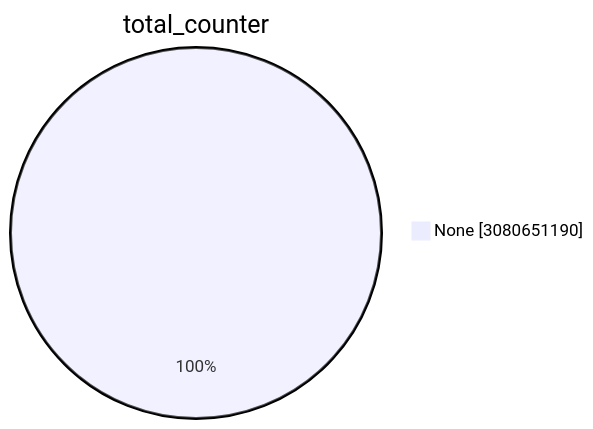
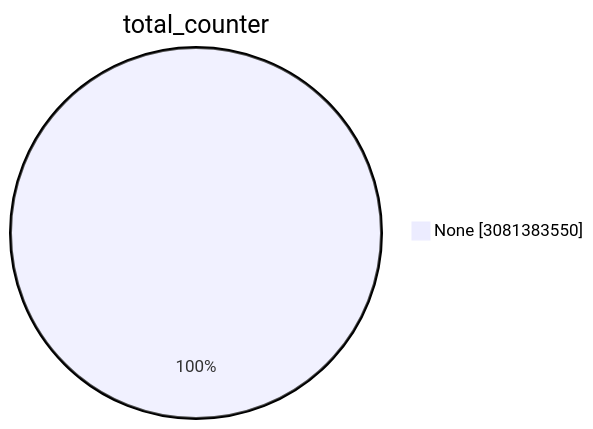
One commit to christiankrug/ctmonitor_visualization changed the first of 15 diagrams in TOTAL/README.md. Above: the diagram before and after it, drawn with Mermaid. The commit also changed other lines of this file, not shown here.

````diff
--- a/TOTAL/README.md
+++ b/TOTAL/README.md
@@ -1,5 +1,5 @@
 ```mermaid
 pie showData
 title total_counter
-"None" :3080651190
+"None" :3081383550
 ```
````
